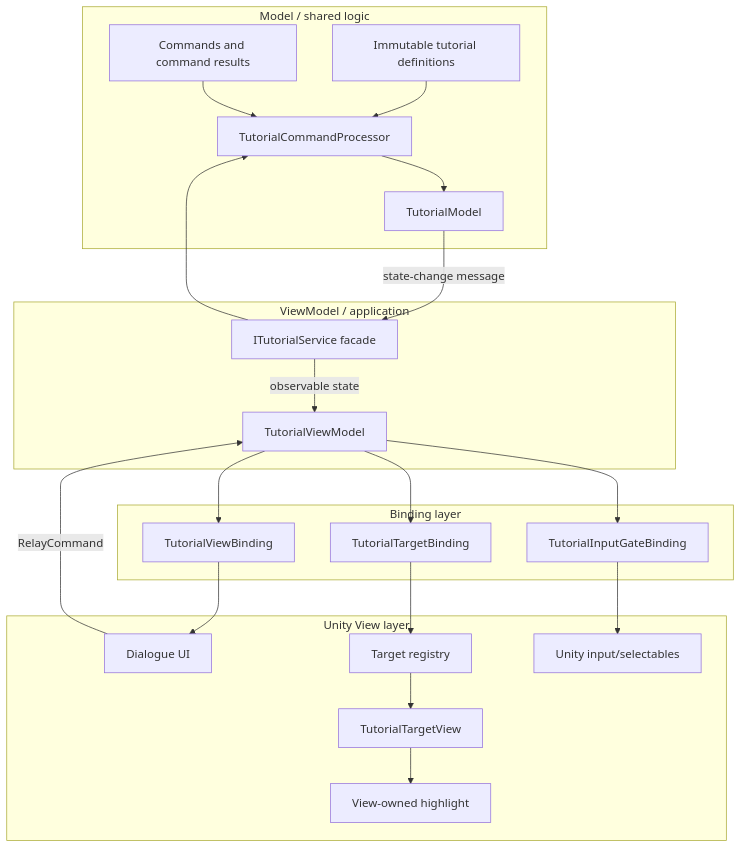
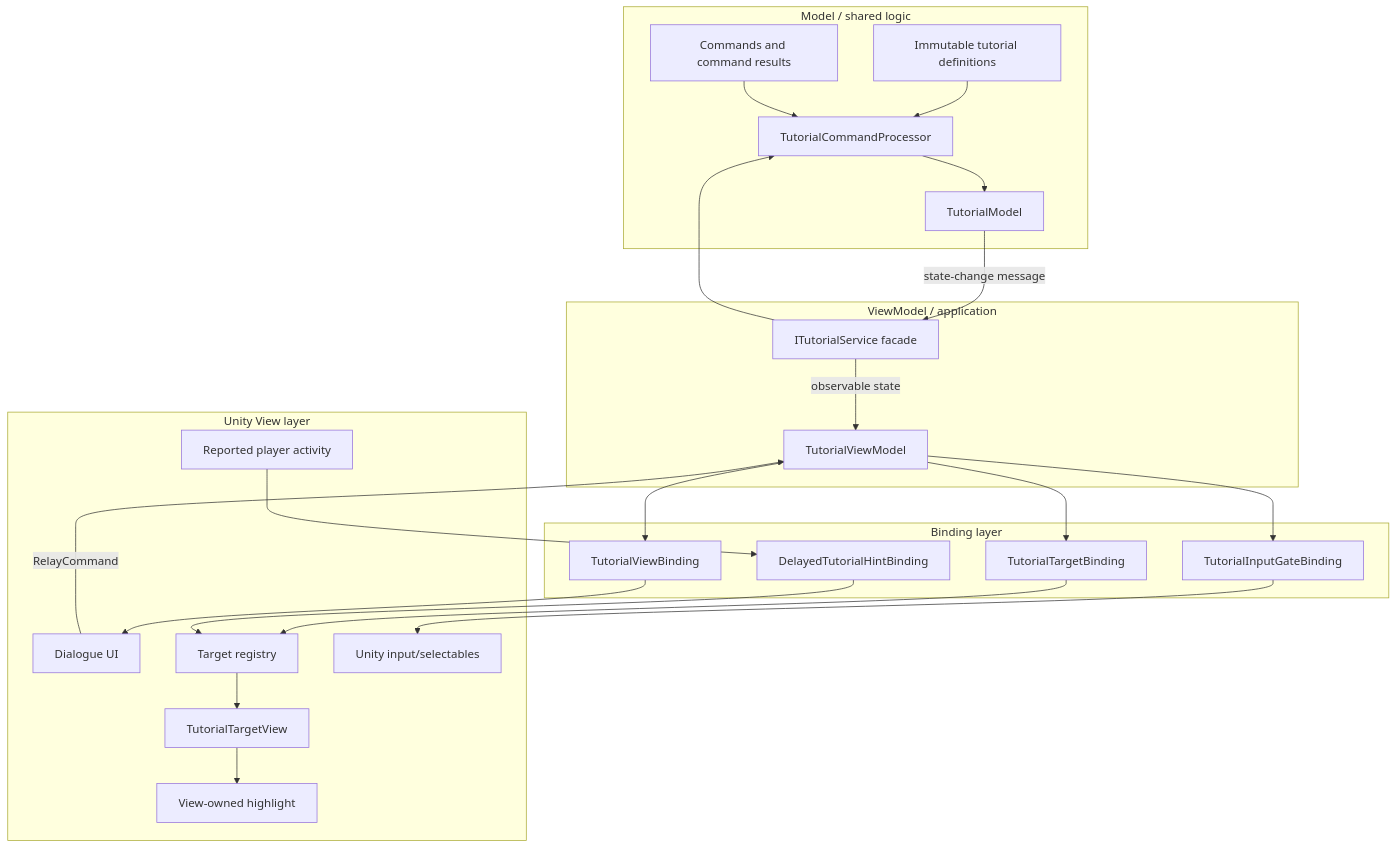
Before and after one commit to czeberesco/AMTutorialArchitecture: the first of 7 diagrams in README.md, drawn with Mermaid. The commit also changed other lines of this file and 74 other files, not shown here.

````diff
--- a/README.md
+++ b/README.md
@@ -20,39 +21,42 @@
 ```mermaid
 flowchart TB
     subgraph Model[Model / shared logic]
         Definitions[Immutable tutorial definitions]
         Commands[Commands and command results]
         Processor[TutorialCommandProcessor]
         State[TutorialModel]
         Definitions --> Processor
         Commands --> Processor
         Processor --> State
     end
 
     subgraph Application[ViewModel / application]
         Service[ITutorialService facade]
         VM[TutorialViewModel]
         Service --> Processor
         State -->|state-change message| Service
         Service -->|observable state| VM
     end
 
     subgraph Binding[Binding layer]
         UiBinding[TutorialViewBinding]
         TargetBinding[TutorialTargetBinding]
         InputBinding[TutorialInputGateBinding]
+        DelayedBinding[DelayedTutorialHintBinding]
     end
 
     subgraph View[Unity View layer]
         Dialog[Dialogue UI]
         Registry[Target registry]
         Target[TutorialTargetView]
         Highlight[View-owned highlight]
         Input[Unity input/selectables]
+        Activity[Reported player activity]
     end
 
     VM --> UiBinding --> Dialog
     VM --> TargetBinding --> Registry --> Target --> Highlight
     VM --> InputBinding --> Input
+    Activity --> DelayedBinding --> Registry
     Dialog -->|RelayCommand| VM
 ```
````
